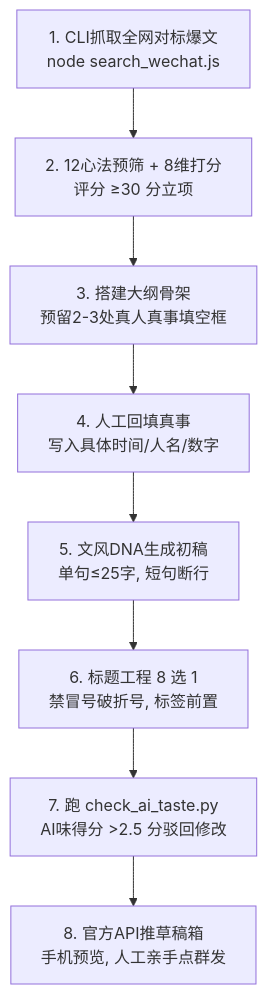
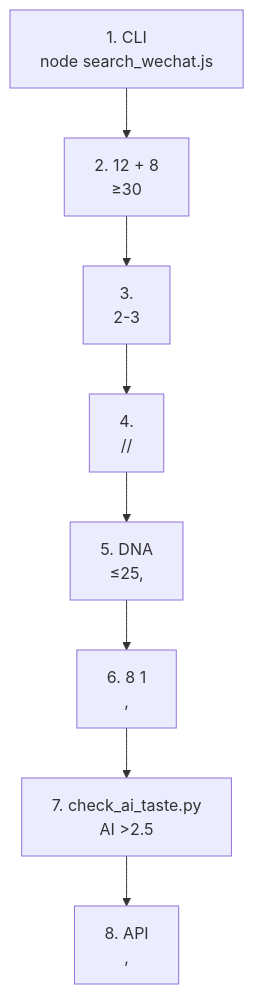
One commit to Meltemi-Q/wechat-viral-orange-paper changed the diagram in docs/orange-paper.md. Above: the diagram before and after it, drawn with Mermaid. The commit also changed other lines of this file and 59 other files, not shown here.

````diff
--- a/docs/orange-paper.md
+++ b/docs/orange-paper.md
@@ -245,10 +240,10 @@
 ```mermaid
 graph TD
-    Step1[1. CLI抓取全网对标爆文<br>node search_wechat.js] --> Step2[2. 12心法预筛 + 8维打分<br>评分 ≥30 分立项]
-    Step2 --> Step3[3. 搭建大纲骨架<br>预留2-3处真人真事填空框]
-    Step3 --> Step4[4. 人工回填真事<br>写入具体时间/人名/数字]
-    Step4 --> Step5[5. 文风DNA生成初稿<br>单句≤25字, 短句断行]
-    Step5 --> Step6[6. 标题工程 8 选 1<br>禁冒号破折号, 标签前置]
-    Step6 --> Step7[7. 跑 check_ai_taste.py<br>AI味得分 >2.5 分驳回修改]
-    Step7 --> Step8[8. 官方API推草稿箱<br>手机预览, 人工亲手点群发]
+ Step1[1. CLI<br>node search_wechat.js] --> Step2[2. 12 + 8<br> ≥30 ]
+ Step2 --> Step3[3. <br>2-3]
+ Step3 --> Step4[4. <br>//]
+ Step4 --> Step5[5. DNA<br>≤25, ]
+ Step5 --> Step6[6. 8 1<br>, ]
+ Step6 --> Step7[7. check_ai_taste.py<br>AI >2.5 ]
+ Step7 --> Step8[8. API<br>, ]
 ```
````
